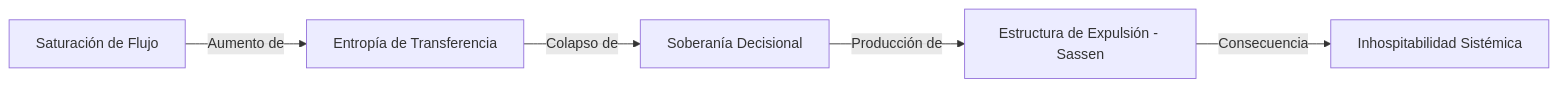
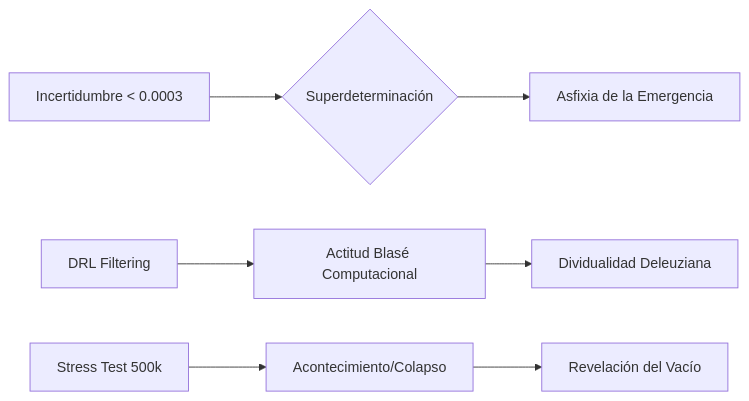
Before and after one commit to stevenvo780/FenomenologiaUrbana: the diagram in trabajo-final-fenomenologia-urbana/tesis/03-resultados-y-analisis-de-turbulencia.md, drawn with Mermaid. The commit also changed other lines of this file and 3 other files, not shown here.

````diff
--- a/trabajo-final-fenomenologia-urbana/tesis/03-resultados-y-analisis-de-turbulencia.md
+++ b/trabajo-final-fenomenologia-urbana/tesis/03-resultados-y-analisis-de-turbulencia.md
@@ -20,7 +29,9 @@
 ```mermaid
 graph LR
-    A[Saturación de Flujo] -->|Aumento de| B[Entropía de Transferencia]
-    B -->|Colapso de| C[Soberanía Decisional]
-    C -->|Producción de| D[Estructura de Expulsión - Sassen]
-    D -->|Consecuencia| E[Inhospitabilidad Sistémica]
+    A[Incertidumbre < 0.0003] --> B{Superdeterminación}
+    B --> C[Asfixia de la Emergencia]
+    D[DRL Filtering] --> E[Actitud Blasé Computacional]
+    E --> F[Dividualidad Deleuziana]
+    G[Stress Test 500k] --> H[Acontecimiento/Colapso]
+    H --> I[Revelación del Vacío]
 ```
````
